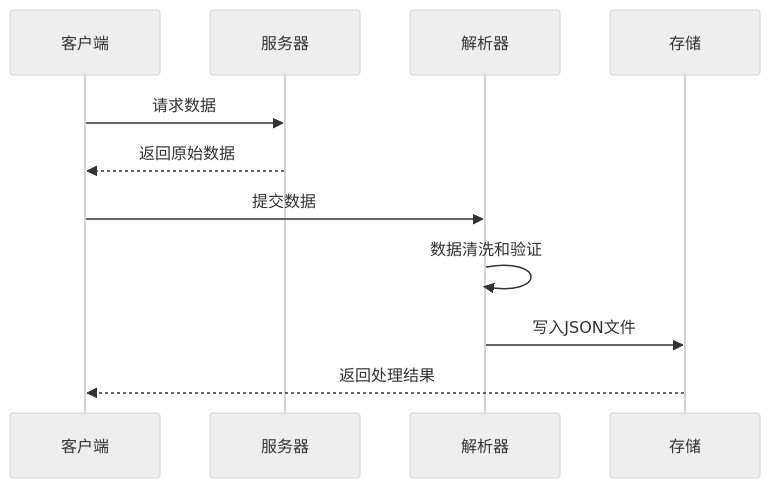
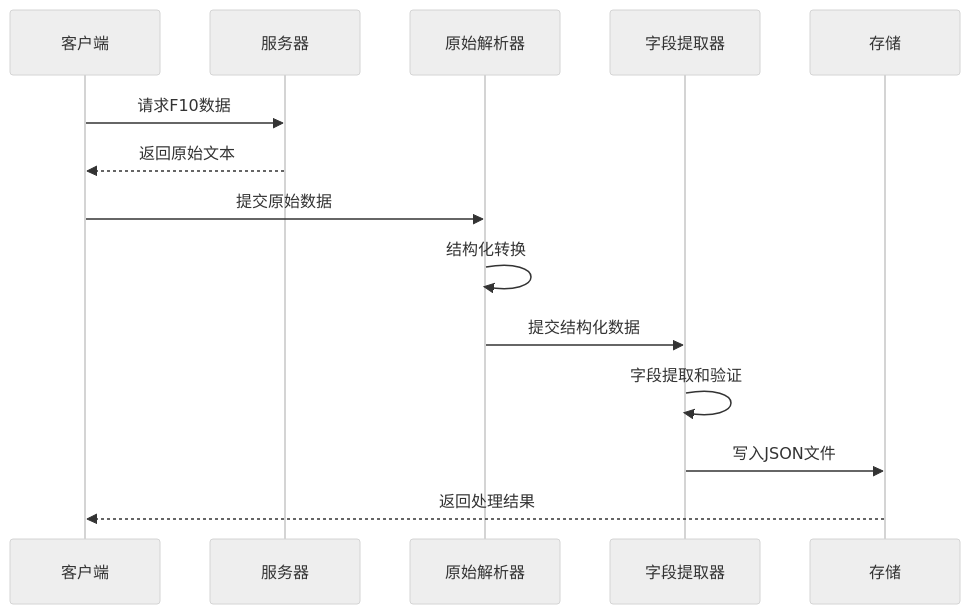
The fifth of 11 diagrams in .qoder/repowiki/zh/content/数据文件说明/F10详细数据文件.md (MORECORIANDERS/SCBE-web), drawn with Mermaid (neutral theme) before and after one commit. The commit also changed other lines of this file and 16 other files, not shown here.

````diff
--- a/.qoder/repowiki/zh/content/数据文件说明/F10详细数据文件.md
+++ b/.qoder/repowiki/zh/content/数据文件说明/F10详细数据文件.md
@@ -182,13 +202,16 @@
 ```mermaid
 sequenceDiagram
 participant Client as 客户端
 participant Server as 服务器
-participant Parser as 解析器
+participant RawParser as 原始解析器
+participant FieldExtractor as 字段提取器
 participant Storage as 存储
-Client->>Server : 请求数据
-Server-->>Client : 返回原始数据
-Client->>Parser : 提交数据
-Parser->>Parser : 数据清洗和验证
-Parser->>Storage : 写入JSON文件
+Client->>Server : 请求F10数据
+Server-->>Client : 返回原始文本
+Client->>RawParser : 提交原始数据
+RawParser->>RawParser : 结构化转换
+RawParser->>FieldExtractor : 提交结构化数据
+FieldExtractor->>FieldExtractor : 字段提取和验证
+FieldExtractor->>Storage : 写入JSON文件
 Storage-->>Client : 返回处理结果
 ```
````
